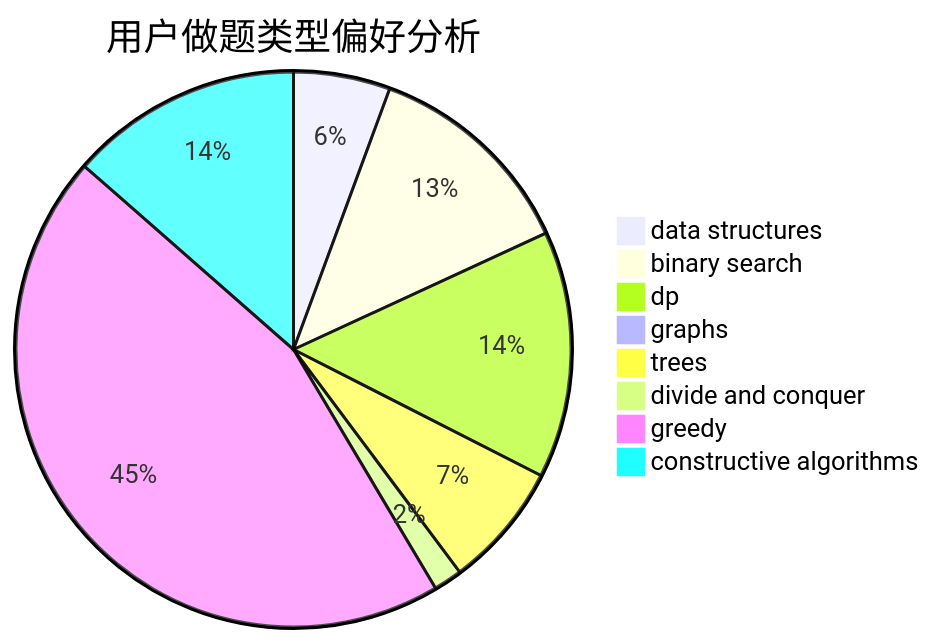
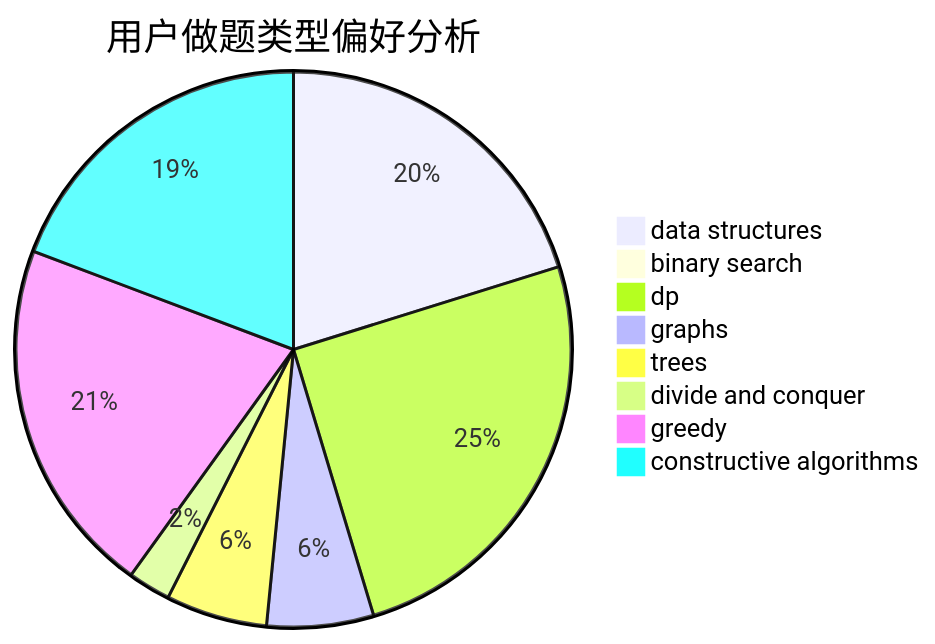
Before and after one commit to sherpahu/cfrs.github.io: the second of 3 diagrams in docs/user/u1528.md, drawn with Mermaid. The commit also changed other lines of this file and 2770 other files, not shown here.

````diff
--- a/docs/user/u1528.md
+++ b/docs/user/u1528.md
@@ -23,11 +23,11 @@
 ```mermaid
 pie title 用户做题类型偏好分析
-    "data structures" :  27
-    "binary search" :  60
-    "dp" :  69
-    "graphs" :  0
-    "trees" :  35
+    "data structures" :  65
+    "binary search" :  0
+    "dp" :  81
+    "graphs" :  20
+    "trees" :  19
     "divide and conquer" :  8
-    "greedy" :  216
-    "constructive algorithms" :  65
+    "greedy" :  67
+    "constructive algorithms" :  62
 ```
````
